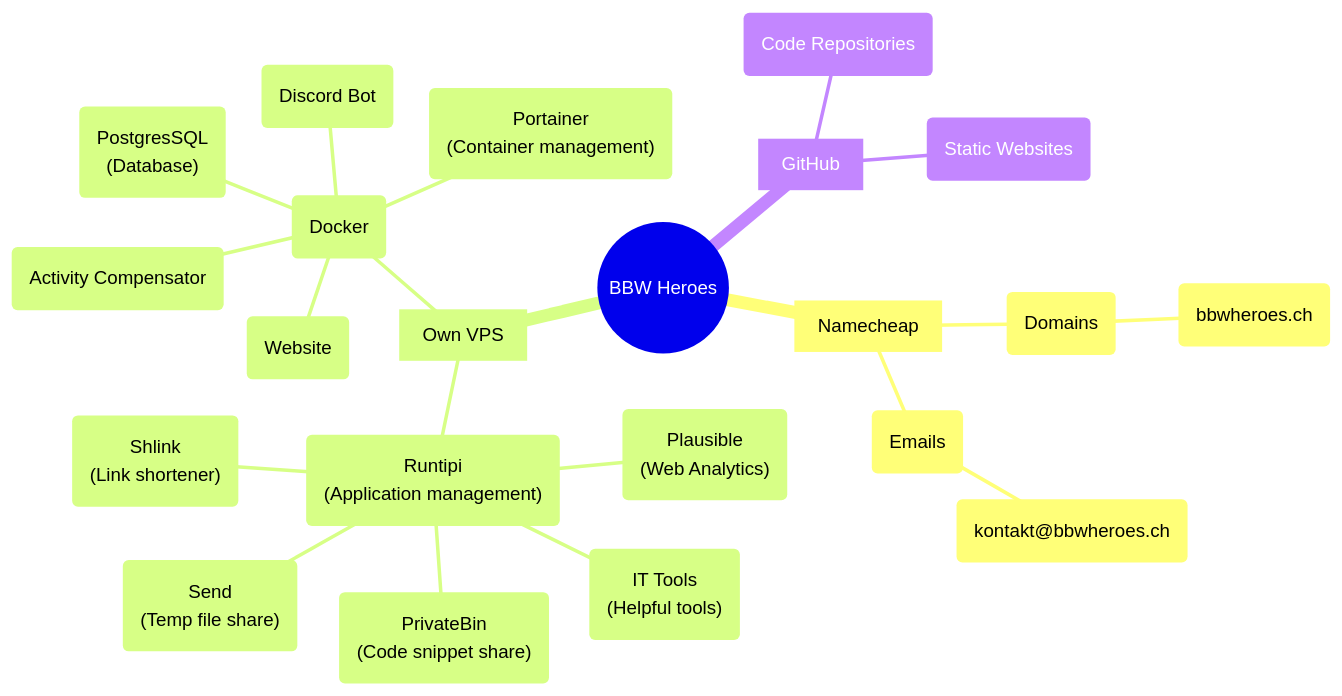
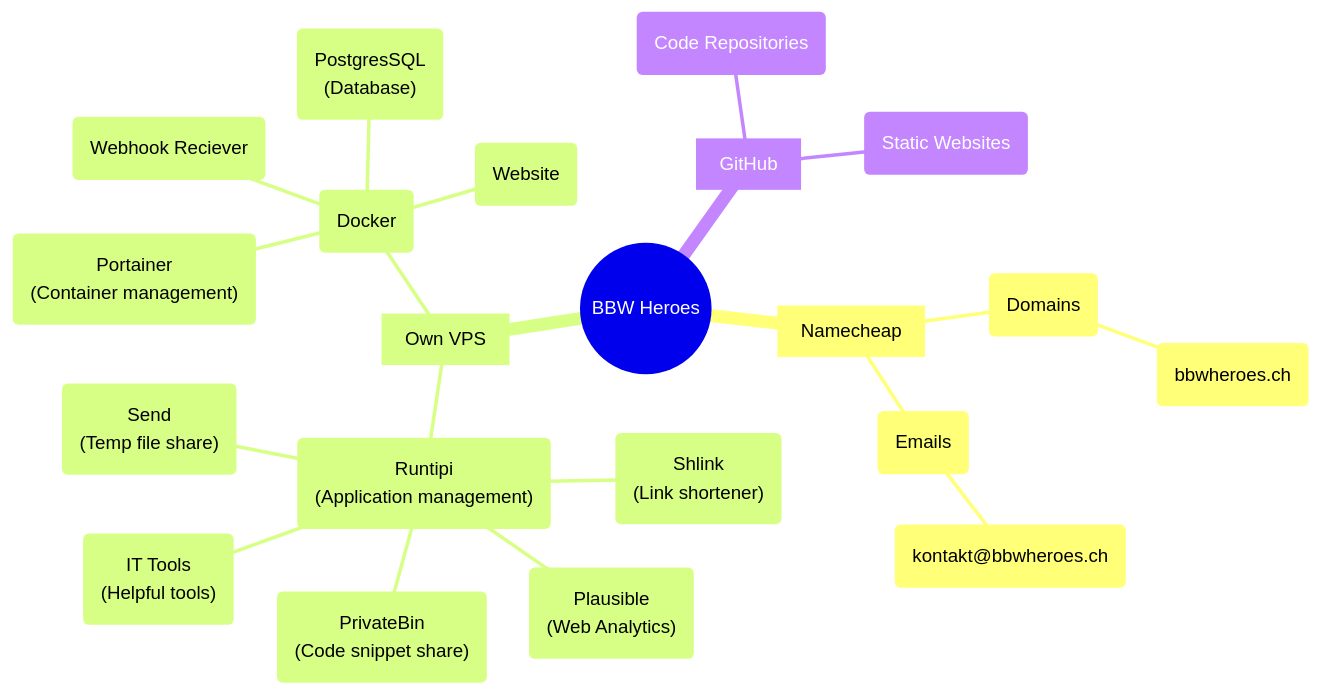
Before and after one commit to bbwheroes/system: the diagram in infrastructure/README.md, drawn with Mermaid.

Commit message:
Remove discord bot & rename activity compensator to webhook reciever

````diff
--- a/infrastructure/README.md
+++ b/infrastructure/README.md
@@ -3,26 +3,25 @@
 ```mermaid
 mindmap
     ((BBW Heroes))
         [Namecheap]
             (Domains)
                 (bbwheroes.ch)
             (Emails)
                 (kontakt@bbwheroes.ch)
         [Own VPS]
             ("Runtipi <br/> (Application management)")
                 ("Send <br/> (Temp file share)")
                 ("Plausible <br/> (Web Analytics)")
                 ("PrivateBin <br/> (Code snippet share)")
                 ("Shlink <br/> (Link shortener)")
                 ("IT Tools <br/> (Helpful tools)")
             (Docker)
                 ("Portainer <br/> (Container management)")
-                (Discord Bot)
                 (Website)
-                (Activity Compensator)
+                (Webhook Reciever)
                 ("PostgresSQL <br/> (Database)")
         [GitHub]
             (Code Repositories)
             (Static Websites)
             
 ```
````
